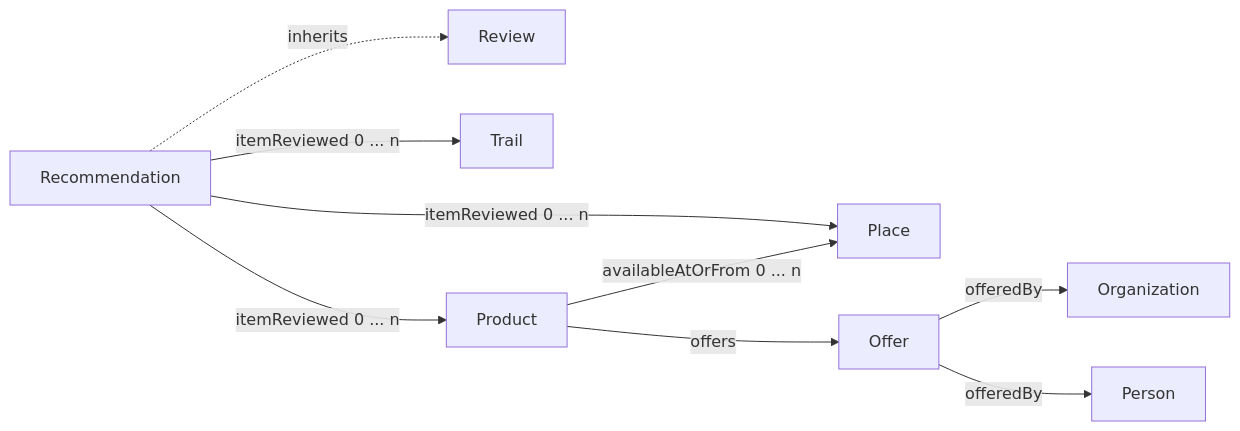
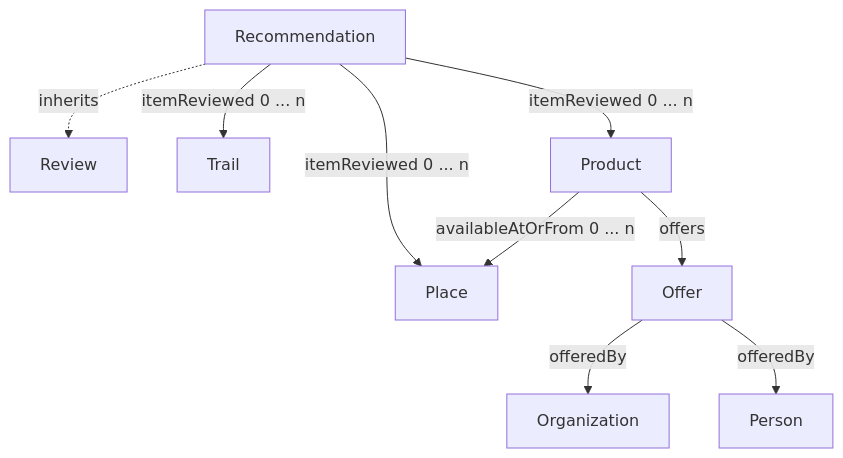
The diagram in docs/dev/dataschema/types/Recommendation.md (tsolenthaler/docs.contentdesk.io), drawn with Mermaid before and after one commit.

Commit message:
docs: Update data schema documentation and navigation links

````diff
--- a/docs/dev/dataschema/types/Recommendation.md
+++ b/docs/dev/dataschema/types/Recommendation.md
@@ -10,11 +10,11 @@
 ``` mermaid
-graph LR
+graph TD
     Recommendation -.->|inherits|Review
     Recommendation -->|itemReviewed 0 ... n|Trail
     Recommendation -->|itemReviewed 0 ... n|Place
     Recommendation -->|itemReviewed 0 ... n|Product
     Product -->|availableAtOrFrom 0 ... n|Place
     Product -->|offers|Offer
     Offer -->|offeredBy|Organization
     Offer -->|offeredBy|Person
 ```
````
